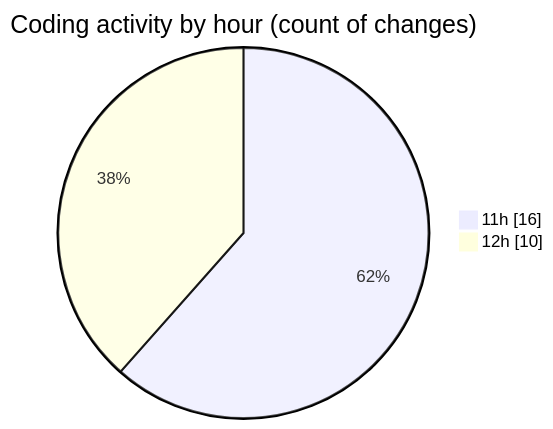
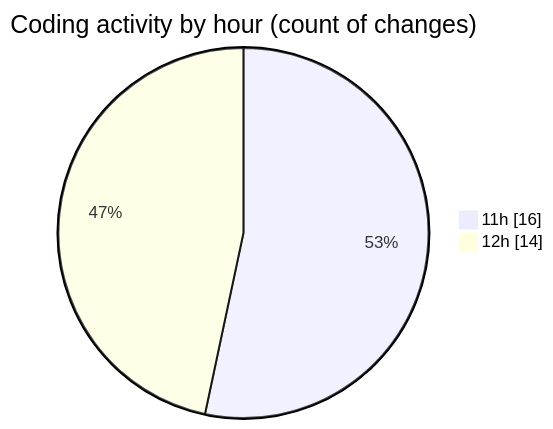
Before and after one commit to nxtqubesakshisongat/code-tracking: the second of 2 diagrams in 2025-09-30/nxtqube_webapp/README.md, drawn with Mermaid. The commit also changed other lines of this file and 1 other file, not shown here.

````diff
--- a/2025-09-30/nxtqube_webapp/README.md
+++ b/2025-09-30/nxtqube_webapp/README.md
@@ -32,6 +32,6 @@
 ```mermaid
 pie showData
 title Coding activity by hour (count of changes)
 "11h" : 16
-"12h" : 10
+"12h" : 14
 ```
````
